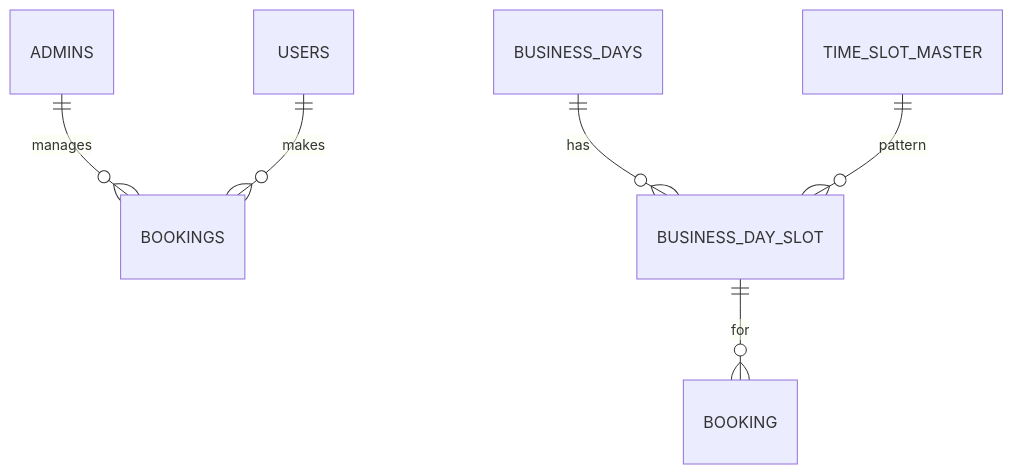
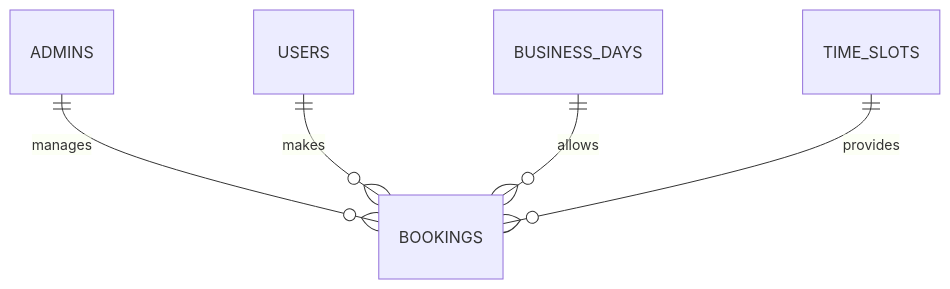
One commit to yshtis/ClinicAppointmentSystem changed the diagram in README.md. Above: the diagram before and after it, drawn with Mermaid. The commit also changed other lines of this file, not shown here.

````diff
--- a/README.md
+++ b/README.md
@@ -88,8 +88,8 @@
 ```mermaid
 erDiagram
     ADMINS ||--o{ BOOKINGS : manages
     USERS ||--o{ BOOKINGS : makes
-    BUSINESS_DAYS ||--o{ BUSINESS_DAY_SLOT : has
-    BUSINESS_DAY_SLOT ||--o{ BOOKING : for
-    TIME_SLOT_MASTER ||--o{ BUSINESS_DAY_SLOT : pattern
+    BUSINESS_DAYS ||--o{ BOOKINGS : allows
+    TIME_SLOTS ||--o{ BOOKINGS : provides
+
 ```
````
